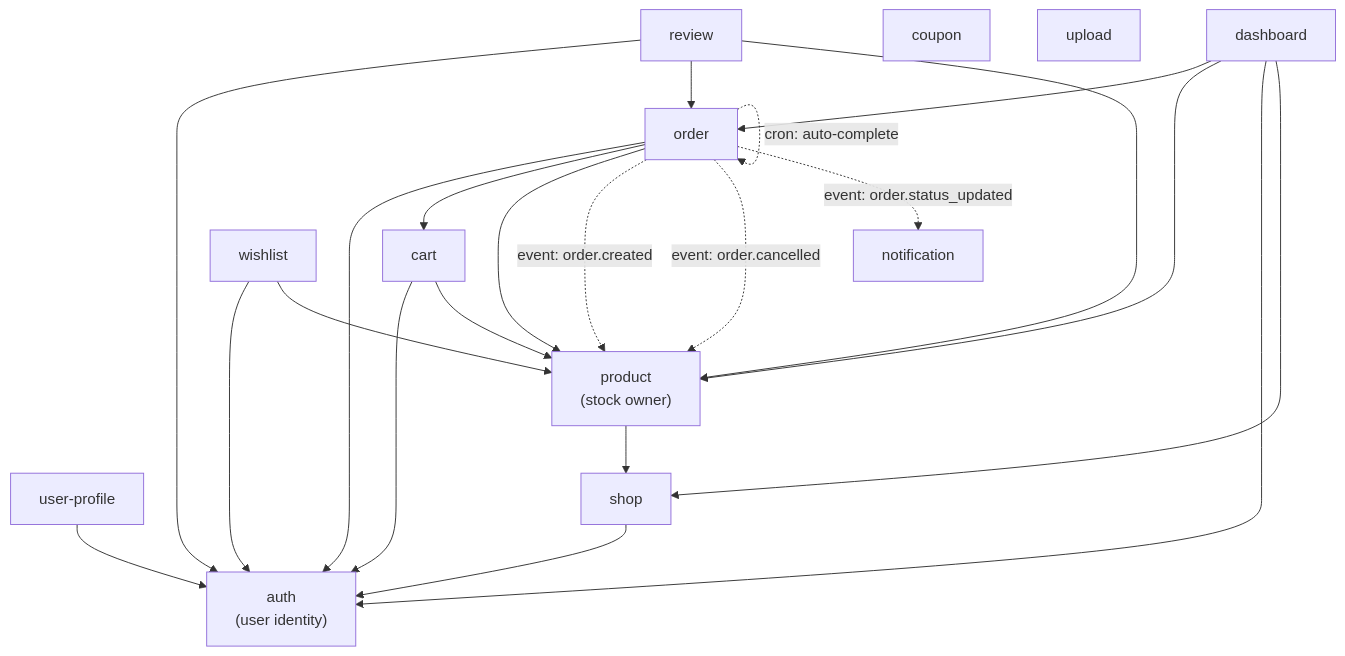
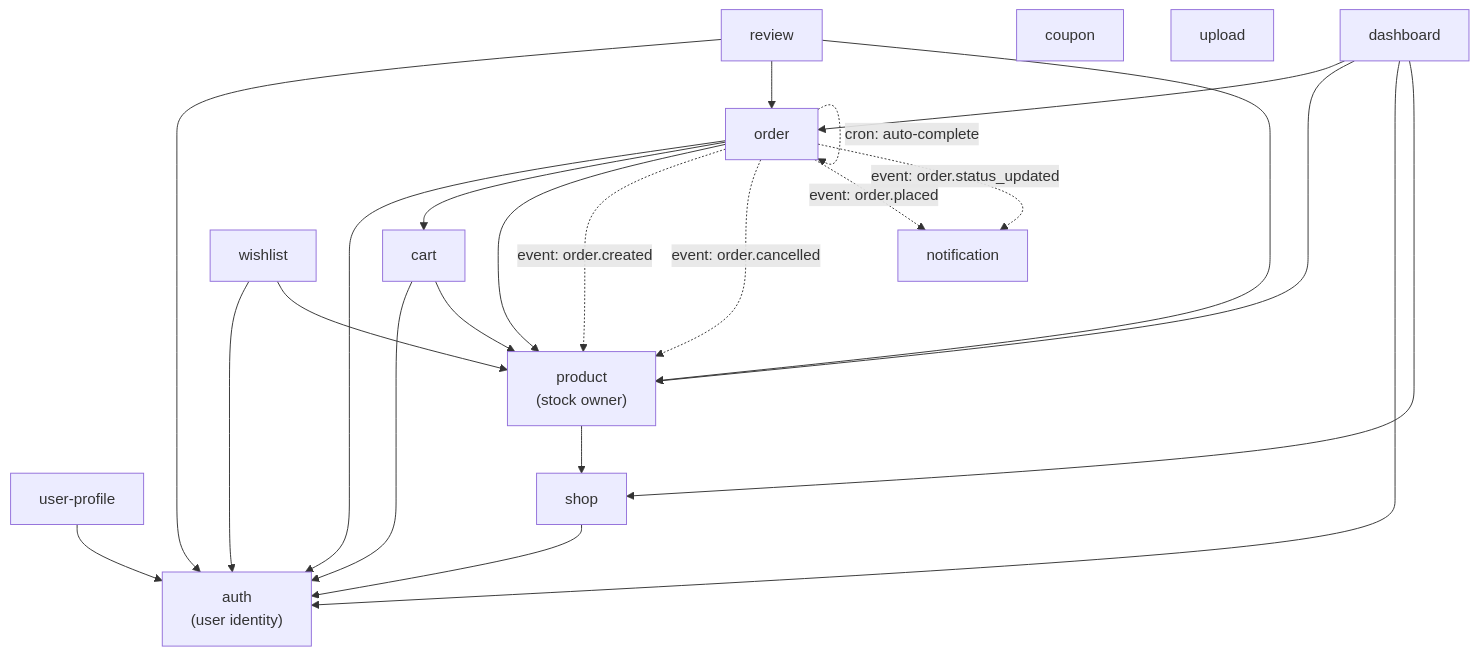
The third of 3 diagrams in backend-nestjs/docs/BE-ARCHITECTURE.md (Hy-Khang/E-commerce-shop-Amazon-), drawn with Mermaid before and after one commit. The commit also changed other lines of this file and 1 other file, not shown here.

Commit message:
update order notification docs and context

````diff
--- a/backend-nestjs/docs/BE-ARCHITECTURE.md
+++ b/backend-nestjs/docs/BE-ARCHITECTURE.md
@@ -211,30 +211,31 @@
 ```mermaid
 graph TD
     Auth["auth<br/>(user identity)"]
     UP["user-profile"] --> Auth
     Shop["shop"] --> Auth
     Cart["cart"] --> Auth
     Cart --> Product["product<br/>(stock owner)"]
     Product --> Shop
     Order["order"] --> Auth
     Order --> Cart
     Order --> Product
     Review["review"] --> Auth
     Review --> Order
     Review --> Product
 
     Wishlist["wishlist"] --> Auth
     Wishlist --> Product
     Coupon["coupon"]
     Upload["upload"]
     Dashboard["dashboard"] --> Order
     Dashboard --> Product
     Dashboard --> Auth
     Dashboard --> Shop
 
     Order -.->|event: order.created| Product
     Order -.->|event: order.cancelled| Product
-    Order -.->|event: order.status_updated| Notification["notification"]
+    Order -.->|event: order.placed| Notification["notification"]
+    Order -.->|event: order.status_updated| Notification
     Order -.->|cron: auto-complete| Order
 
 ```
````
